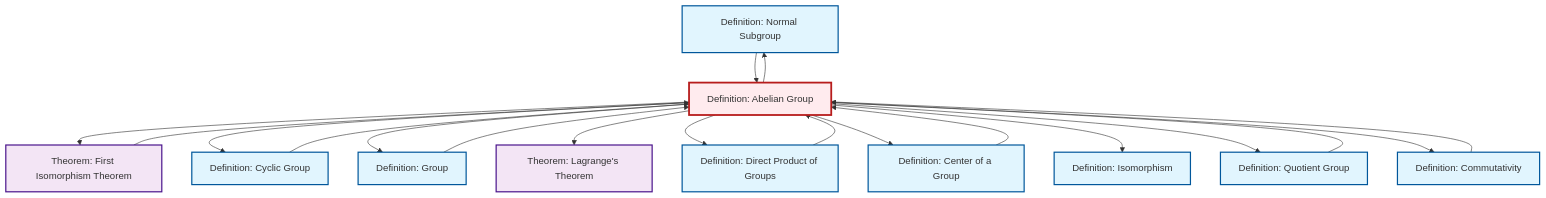
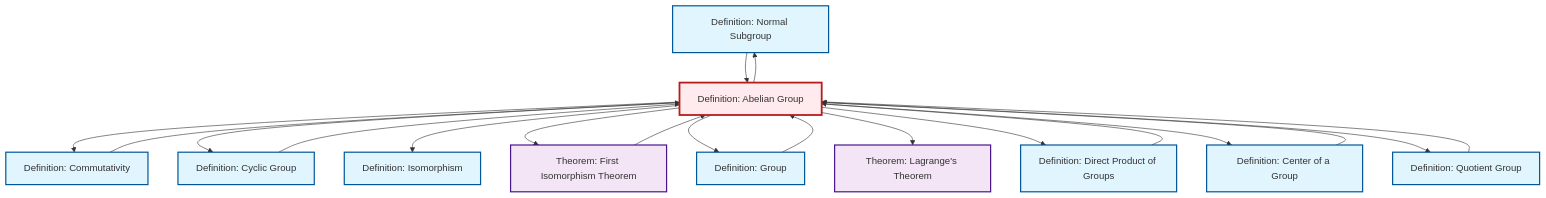
One commit to RK0429/ModernMath changed the diagram in content/en/algebra/def-abelian-group.qmd. Above: the diagram before and after it, drawn with Mermaid. The commit also changed other lines of this file and 328 other files, not shown here.

````diff
--- a/content/en/algebra/def-abelian-group.qmd
+++ b/content/en/algebra/def-abelian-group.qmd
@@ -104,49 +104,49 @@
 ```{mermaid}
 %%| fig-cap: "Local dependency graph"
 graph TD
     classDef definition fill:#e1f5fe,stroke:#01579b,stroke-width:2px
     classDef theorem fill:#f3e5f5,stroke:#4a148c,stroke-width:2px
     classDef axiom fill:#fff3e0,stroke:#e65100,stroke-width:2px
     classDef example fill:#e8f5e9,stroke:#1b5e20,stroke-width:2px
     classDef current fill:#ffebee,stroke:#b71c1c,stroke-width:3px
     def-normal-subgroup["Definition: Normal Subgroup"]:::definition
     def-cyclic-group["Definition: Cyclic Group"]:::definition
+    def-abelian-group["Definition: Abelian Group"]:::definition
+    thm-lagrange["Theorem: Lagrange's Theorem"]:::theorem
     def-direct-product["Definition: Direct Product of Groups"]:::definition
-    def-quotient-group["Definition: Quotient Group"]:::definition
     def-isomorphism["Definition: Isomorphism"]:::definition
-    def-commutativity["Definition: Commutativity"]:::definition
     thm-first-isomorphism["Theorem: First Isomorphism Theorem"]:::theorem
     def-group["Definition: Group"]:::definition
-    thm-lagrange["Theorem: Lagrange's Theorem"]:::theorem
     def-center-of-group["Definition: Center of a Group"]:::definition
-    def-abelian-group["Definition: Abelian Group"]:::definition
+    def-commutativity["Definition: Commutativity"]:::definition
+    def-quotient-group["Definition: Quotient Group"]:::definition
+    def-commutativity --> def-abelian-group
+    def-abelian-group --> def-commutativity
+    def-quotient-group --> def-abelian-group
+    def-normal-subgroup --> def-abelian-group
+    def-abelian-group --> def-cyclic-group
+    def-cyclic-group --> def-abelian-group
+    def-abelian-group --> def-isomorphism
+    def-abelian-group --> def-normal-subgroup
+    def-abelian-group --> thm-first-isomorphism
+    def-abelian-group --> def-group
+    def-center-of-group --> def-abelian-group
     def-group --> def-abelian-group
-    def-abelian-group --> thm-first-isomorphism
-    def-abelian-group --> def-cyclic-group
     thm-first-isomorphism --> def-abelian-group
-    def-cyclic-group --> def-abelian-group
-    def-abelian-group --> def-group
     def-abelian-group --> thm-lagrange
-    def-abelian-group --> def-normal-subgroup
     def-abelian-group --> def-direct-product
     def-abelian-group --> def-center-of-group
-    def-center-of-group --> def-abelian-group
-    def-quotient-group --> def-abelian-group
-    def-abelian-group --> def-isomorphism
-    def-commutativity --> def-abelian-group
+    def-direct-product --> def-abelian-group
     def-abelian-group --> def-quotient-group
-    def-abelian-group --> def-commutativity
-    def-normal-subgroup --> def-abelian-group
-    def-direct-product --> def-abelian-group
     class def-abelian-group current
     click def-normal-subgroup "def-normal-subgroup.html" "Go to Normal Subgroup definition"
     click def-cyclic-group "def-cyclic-group.html" "Go to Cyclic Group definition"
+    click thm-lagrange "thm-lagrange.html" "Go to Lagrange's Theorem theorem"
     click def-direct-product "def-direct-product.html" "Go to Direct Product of Groups definition"
-    click def-quotient-group "def-quotient-group.html" "Go to Quotient Group definition"
     click def-isomorphism "def-isomorphism.html" "Go to Isomorphism definition"
-    click def-commutativity "def-commutativity.html" "Go to Commutativity definition"
     click thm-first-isomorphism "thm-first-isomorphism.html" "Go to First Isomorphism Theorem theorem"
     click def-group "def-group.html" "Go to Group definition"
-    click thm-lagrange "thm-lagrange.html" "Go to Lagrange's Theorem theorem"
     click def-center-of-group "def-center-of-group.html" "Go to Center of a Group definition"
+    click def-commutativity "def-commutativity.html" "Go to Commutativity definition"
+    click def-quotient-group "def-quotient-group.html" "Go to Quotient Group definition"
 ```
````
